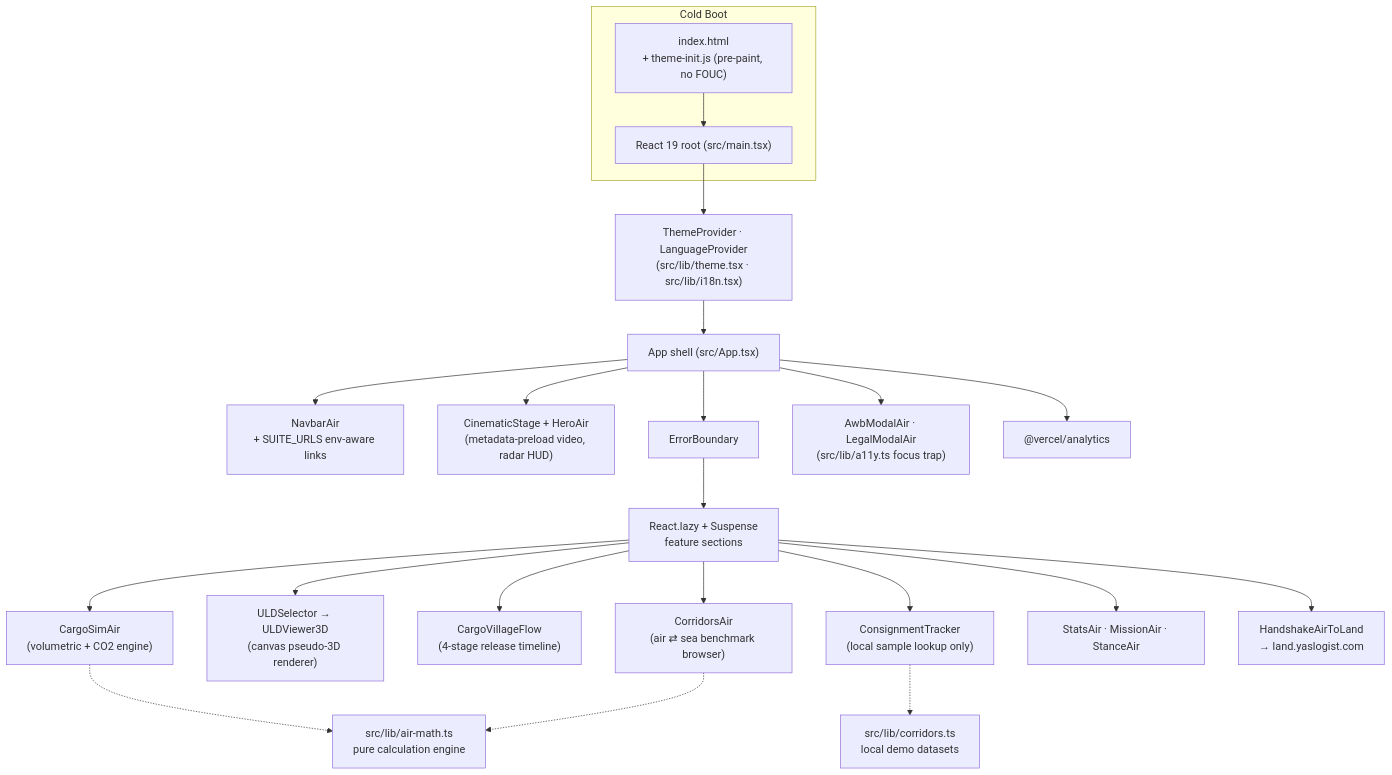
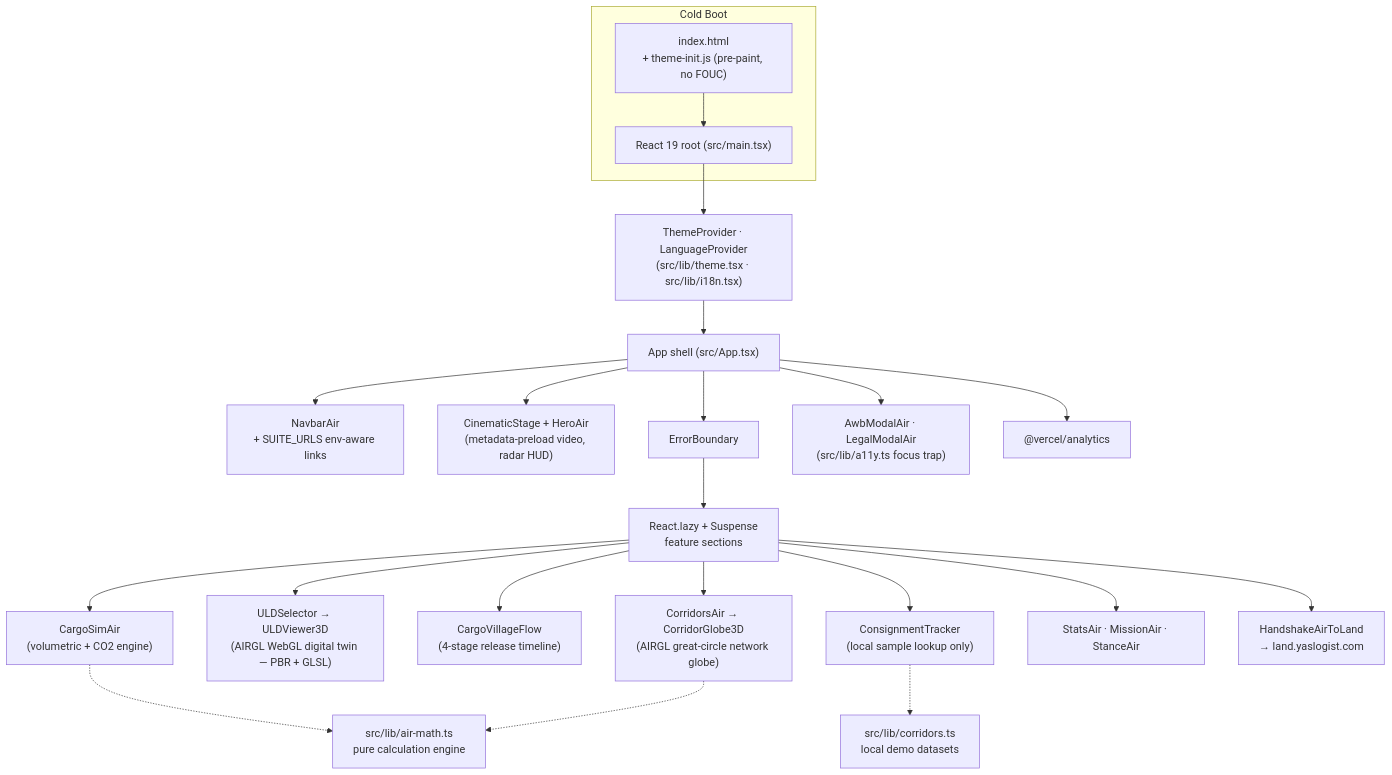
Before and after one commit to YASLOGIST/air: the first of 4 diagrams in README.md, drawn with Mermaid. The commit also changed other lines of this file and 147 other files, not shown here.

First line of the commit message:
feat(airgl): real WebGL digital twin + great-circle corridor globe (three r186)

````diff
--- a/README.md
+++ b/README.md
@@ -41,29 +41,29 @@
 ```mermaid
 flowchart TD
     subgraph Boot["Cold Boot"]
         HTML["index.html\n+ theme-init.js (pre-paint, no FOUC)"] --> Root["React 19 root (src/main.tsx)"]
     end
 
     Root --> Providers["ThemeProvider · LanguageProvider\n(src/lib/theme.tsx · src/lib/i18n.tsx)"]
     Providers --> Shell["App shell (src/App.tsx)"]
 
     Shell --> Nav["NavbarAir\n+ SUITE_URLS env-aware links"]
     Shell --> Hero["CinematicStage + HeroAir\n(metadata-preload video, radar HUD)"]
     Shell --> Boundary["ErrorBoundary"]
     Boundary --> Lazy["React.lazy + Suspense\nfeature sections"]
 
     Lazy --> Sim["CargoSimAir\n(volumetric + CO2 engine)"]
-    Lazy --> ULD["ULDSelector → ULDViewer3D\n(canvas pseudo-3D renderer)"]
+    Lazy --> ULD["ULDSelector → ULDViewer3D\n(AIRGL WebGL digital twin — PBR + GLSL)"]
     Lazy --> Village["CargoVillageFlow\n(4-stage release timeline)"]
-    Lazy --> Corridors["CorridorsAir\n(air ⇄ sea benchmark browser)"]
+    Lazy --> Corridors["CorridorsAir → CorridorGlobe3D\n(AIRGL great-circle network globe)"]
     Lazy --> Tracker["ConsignmentTracker\n(local sample lookup only)"]
     Lazy --> Stats["StatsAir · MissionAir · StanceAir"]
     Lazy --> Handshake["HandshakeAirToLand\n→ land.yaslogist.com"]
 
     Sim -.-> Math["src/lib/air-math.ts\npure calculation engine"]
     Corridors -.-> Math
     Tracker -.-> Data["src/lib/corridors.ts\nlocal demo datasets"]
 
     Shell --> Modals["AwbModalAir · LegalModalAir\n(src/lib/a11y.ts focus trap)"]
     Shell --> Analytics["@vercel/analytics"]
 ```
````
